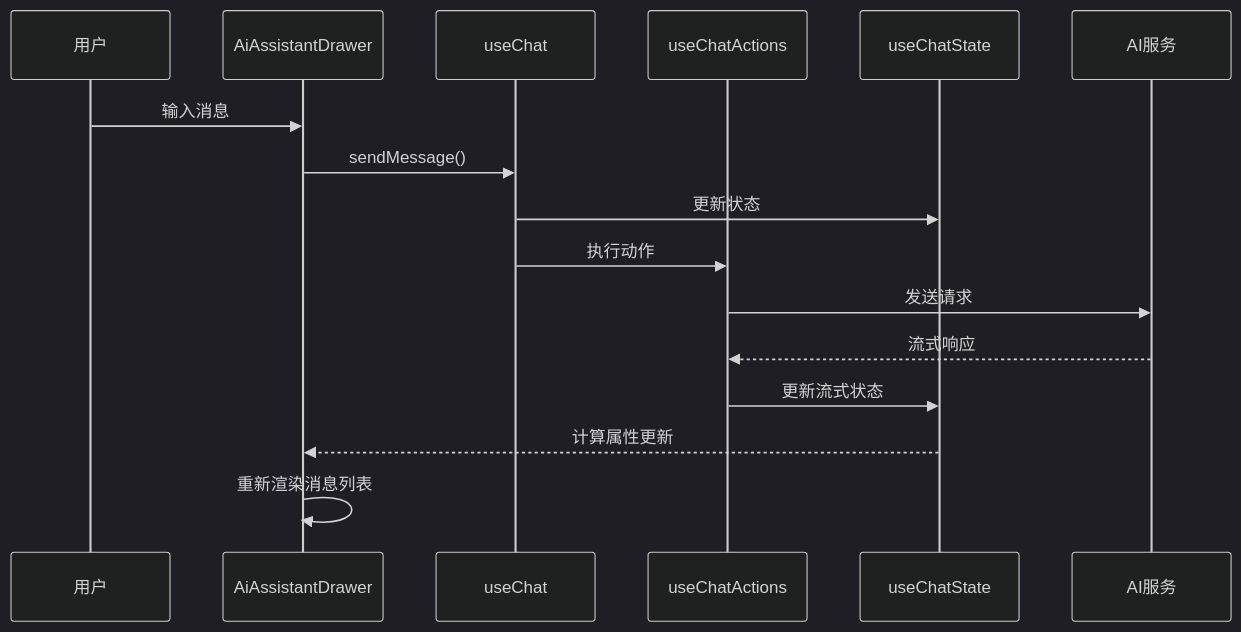
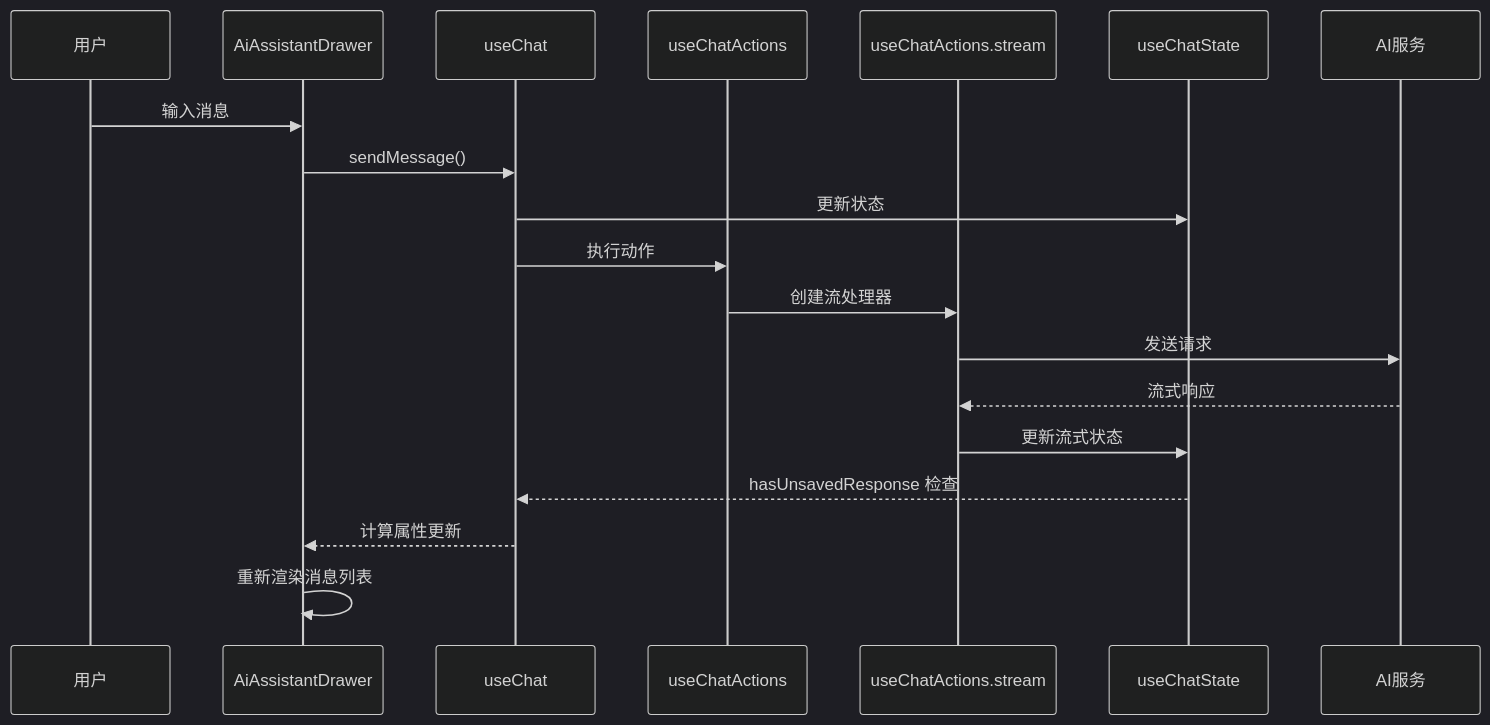
The second of 12 diagrams in .qoder/repowiki/zh/content/前端开发/AI 聊天样式系统.md (xixixiaoyu/Todo), drawn with Mermaid (dark theme) before and after one commit. The commit also changed other lines of this file and 8 other files, not shown here.

````diff
--- a/.qoder/repowiki/zh/content/前端开发/AI 聊天样式系统.md
+++ b/.qoder/repowiki/zh/content/前端开发/AI 聊天样式系统.md
@@ -146,18 +159,21 @@
 ```mermaid
 sequenceDiagram
 participant User as 用户
 participant Drawer as AiAssistantDrawer
 participant Chat as useChat
 participant Actions as useChatActions
+participant StreamActions as useChatActions.stream
 participant State as useChatState
 participant AI as AI服务
 User->>Drawer : 输入消息
 Drawer->>Chat : sendMessage()
 Chat->>State : 更新状态
 Chat->>Actions : 执行动作
-Actions->>AI : 发送请求
-AI-->>Actions : 流式响应
-Actions->>State : 更新流式状态
-State-->>Drawer : 计算属性更新
+Actions->>StreamActions : 创建流处理器
+StreamActions->>AI : 发送请求
+AI-->>StreamActions : 流式响应
+StreamActions->>State : 更新流式状态
+State-->>Chat : hasUnsavedResponse 检查
+Chat-->>Drawer : 计算属性更新
 Drawer->>Drawer : 重新渲染消息列表
 ```
````
